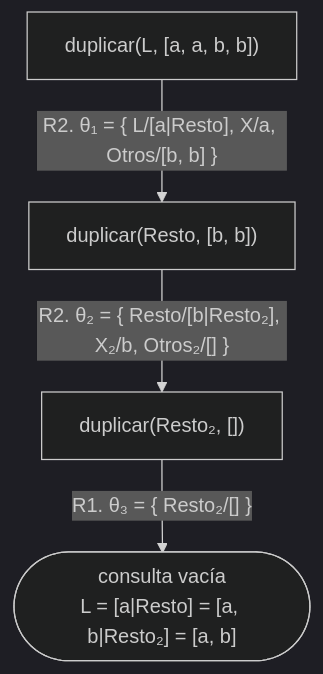
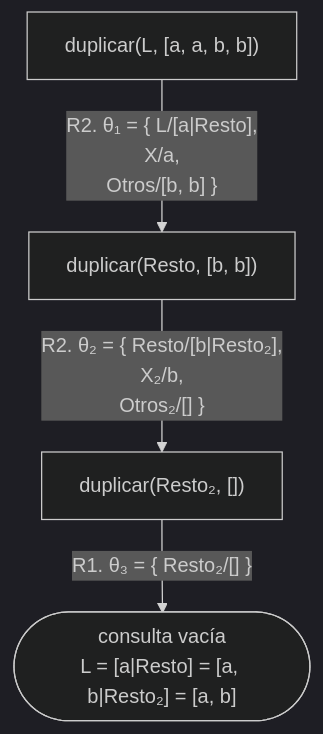
The fifth of 6 diagrams in docs/capitulo-07-listas/soluciones.md (CesarBallardini/curso-de-prolog), drawn with Mermaid (dark theme) before and after one commit. The commit also changed other lines of this file and 24 other files, not shown here.

First line of the commit message:
feat(docs): botones para ocultar las columnas laterales y etiquetas cortas en los diagramas

````diff
--- a/docs/capitulo-07-listas/soluciones.md
+++ b/docs/capitulo-07-listas/soluciones.md
@@ -438,6 +438,6 @@
 ```mermaid
 flowchart TD
-    A["duplicar(L, [a, a, b, b])"] -- "R2. θ₁ = {&nbsp;L/[a|Resto], X/a, Otros/[b, b]&nbsp;}" --> B["duplicar(Resto, [b, b])"]
-    B -- "R2. θ₂ = {&nbsp;Resto/[b|Resto₂], X₂/b, Otros₂/[]&nbsp;}" --> C["duplicar(Resto₂, [])"]
+    A["duplicar(L, [a, a, b, b])"] -- "R2. θ₁ = {&nbsp;L/[a|Resto],<br/>X/a,<br/>Otros/[b, b]&nbsp;}" --> B["duplicar(Resto, [b, b])"]
+    B -- "R2. θ₂ = {&nbsp;Resto/[b|Resto₂],<br/>X₂/b,<br/>Otros₂/[]&nbsp;}" --> C["duplicar(Resto₂, [])"]
     C -- "R1. θ₃ = {&nbsp;Resto₂/[]&nbsp;}" --> S(["consulta vacía<br/>L = [a|Resto] = [a, b|Resto₂] = [a, b]"])
 ```
````
